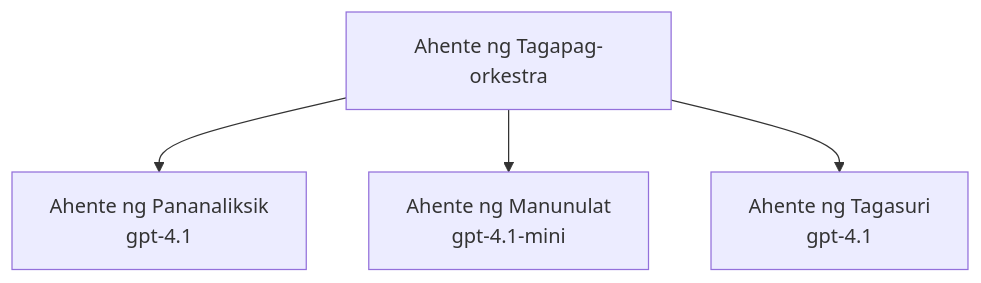
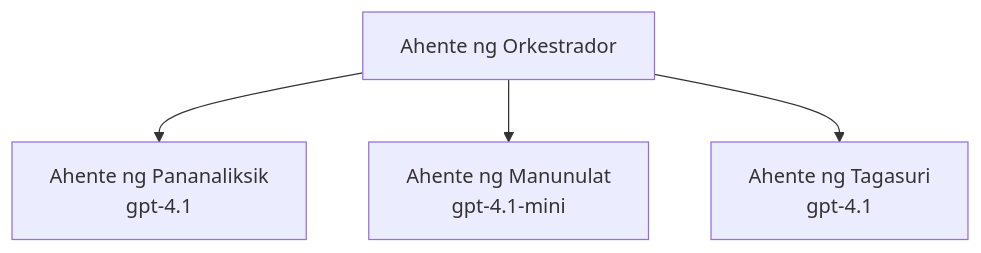
Before and after one commit to microsoft/AZD-for-beginners: the third of 3 diagrams in translations/tl/docs/chapter-02-ai-development/agents.md, drawn with Mermaid. The commit also changed other lines of this file and 101 other files, not shown here.

````diff
--- a/translations/tl/docs/chapter-02-ai-development/agents.md
+++ b/translations/tl/docs/chapter-02-ai-development/agents.md
@@ -189,6 +194,6 @@
 ```mermaid
 graph TD
-    Orchestrator[Ahente ng Tagapag-orkestra] --> Research[Ahente ng Pananaliksik<br/>gpt-4.1]
+    Orchestrator[Ahente ng Orkestrador] --> Research[Ahente ng Pananaliksik<br/>gpt-4.1]
     Orchestrator --> Writer[Ahente ng Manunulat<br/>gpt-4.1-mini]
     Orchestrator --> Reviewer[Ahente ng Tagasuri<br/>gpt-4.1]
 ```
````
